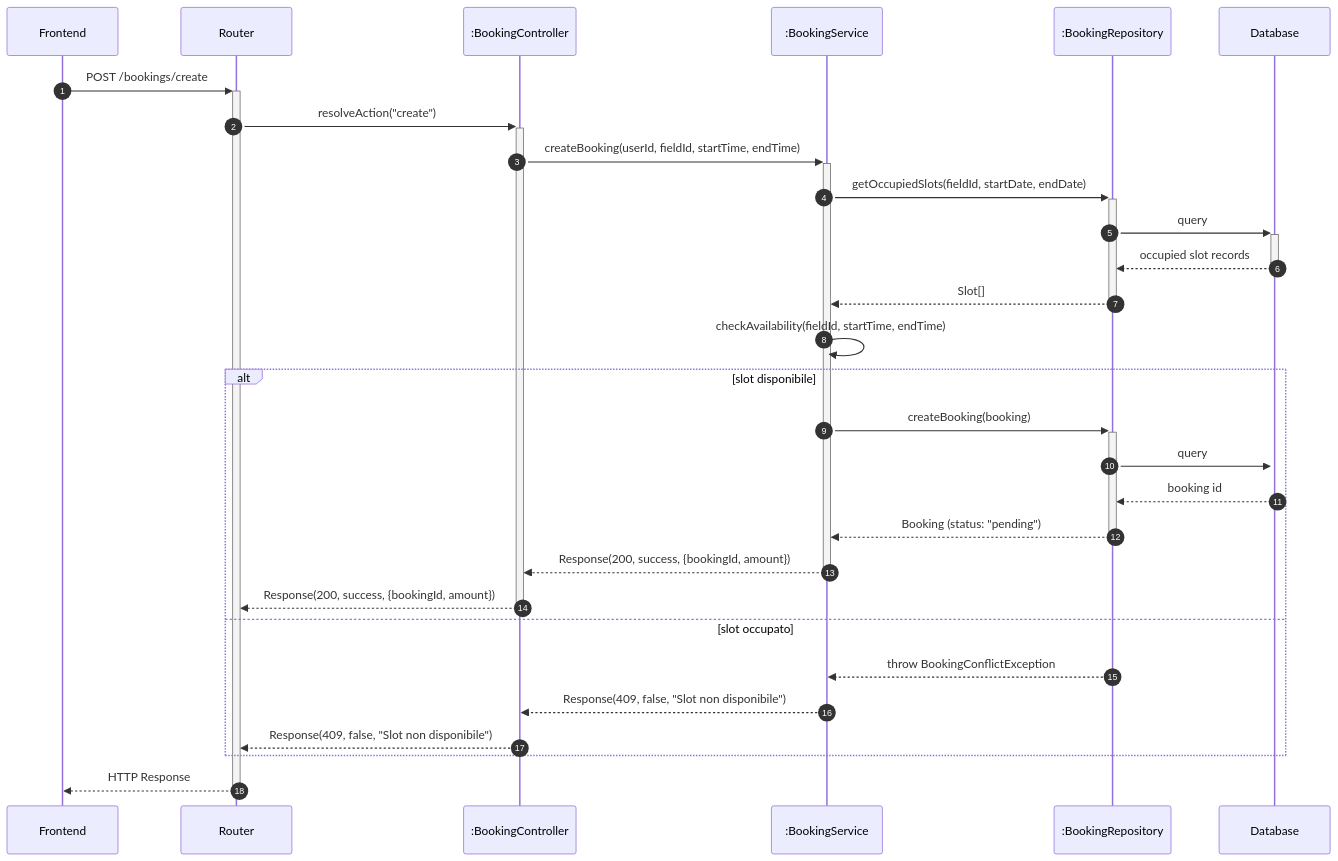
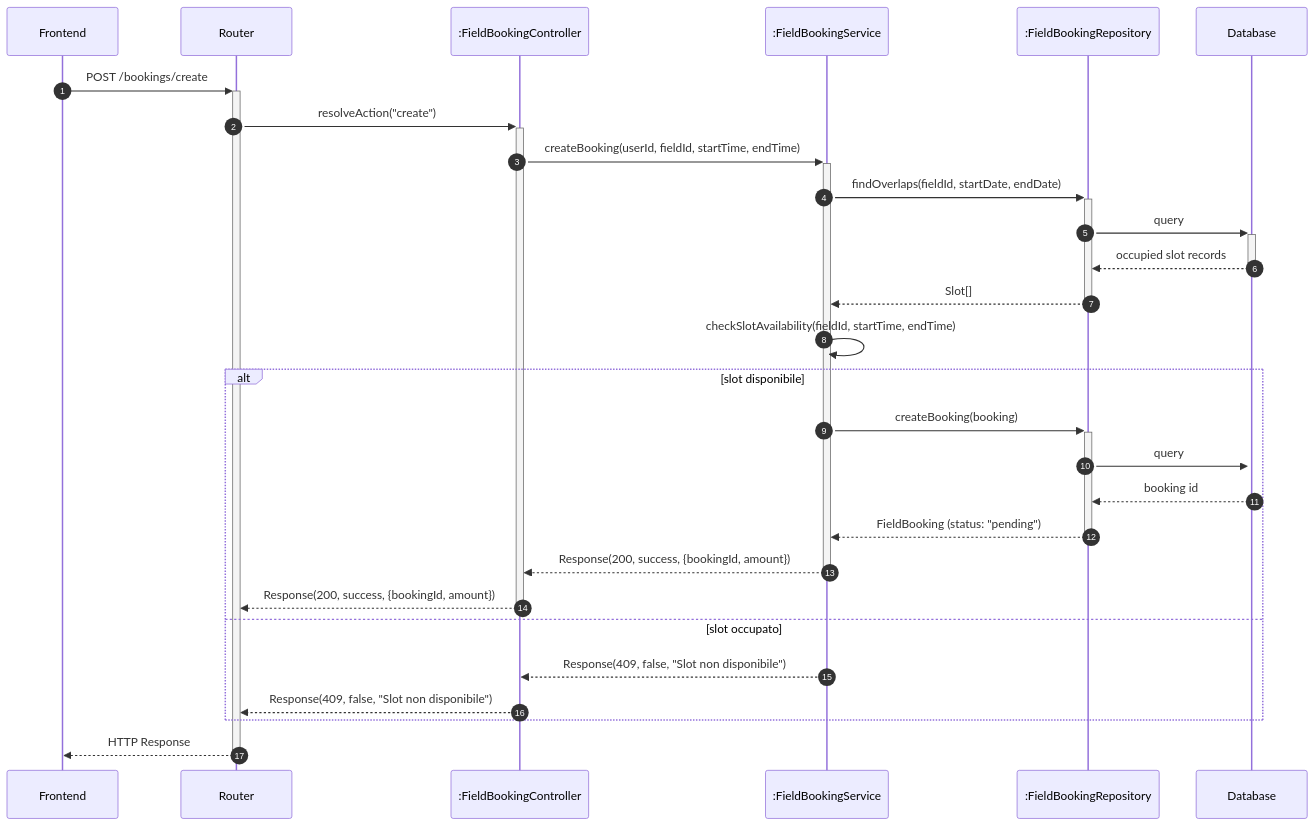
Before and after one commit to mb4dev/progetto-prova: the third of 3 diagrams in consegna docu/diagrammi/UC04.md, drawn with Mermaid. The commit also changed other lines of this file and 5 other files, not shown here.

````diff
--- a/consegna docu/diagrammi/UC04.md
+++ b/consegna docu/diagrammi/UC04.md
@@ -83,36 +83,35 @@
-```mermaid
-sequenceDiagram
-    autonumber
-
-    participant frontend as Frontend
-    participant router as Router
-    participant controller as :BookingController
-    participant service as :BookingService
-    participant bookingRepo as :BookingRepository
-    participant db as Database
-
-    frontend ->>+ router: POST /bookings/create
-    router ->>+ controller: resolveAction("create")
-    controller ->>+ service: createBooking(userId, fieldId, startTime, endTime)
-    service ->>+ bookingRepo: getOccupiedSlots(fieldId, startDate, endDate)
-    bookingRepo ->>+ db: query
-    db -->>- bookingRepo: occupied slot records
-    bookingRepo -->>- service: Slot[]
-    service ->> service: checkAvailability(fieldId, startTime, endTime)
-
-    alt slot disponibile
-        service ->>+ bookingRepo: createBooking(booking)
-        bookingRepo ->>+ db: query
-        db -->> bookingRepo: booking id
-        bookingRepo -->>- service: Booking (status: "pending")
-        service -->>- controller: Response(200, success, {bookingId, amount})
-        controller -->>- router: Response(200, success, {bookingId, amount})
-        
-    else slot occupato
-        bookingRepo -->> service: throw BookingConflictException
-        service -->> controller: Response(409, false, "Slot non disponibile")
-        controller -->> router: Response(409, false, "Slot non disponibile")
-    end
-
-    router -->>- frontend: HTTP Response
+ ```mermaid
+ sequenceDiagram
+     autonumber
+ 
+     participant frontend as Frontend
+     participant router as Router
+     participant controller as :FieldBookingController
+     participant service as :FieldBookingService
+     participant bookingRepo as :FieldBookingRepository
+     participant db as Database
+ 
+     frontend ->>+ router: POST /bookings/create
+     router ->>+ controller: resolveAction("create")
+     controller ->>+ service: createBooking(userId, fieldId, startTime, endTime)
+     service ->>+ bookingRepo: findOverlaps(fieldId, startDate, endDate)
+     bookingRepo ->>+ db: query
+     db -->>- bookingRepo: occupied slot records
+     bookingRepo -->>- service: Slot[]
+     service ->> service: checkSlotAvailability(fieldId, startTime, endTime)
+ 
+     alt slot disponibile
+         service ->>+ bookingRepo: createBooking(booking)
+         bookingRepo ->>+ db: query
+         db -->> bookingRepo: booking id
+         bookingRepo -->>- service: FieldBooking (status: "pending")
+         service -->>- controller: Response(200, success, {bookingId, amount})
+         controller -->>- router: Response(200, success, {bookingId, amount})
+         
+     else slot occupato
+         service -->> controller: Response(409, false, "Slot non disponibile")
+         controller -->> router: Response(409, false, "Slot non disponibile")
+     end
+ 
+     router -->>- frontend: HTTP Response
 ```
````
